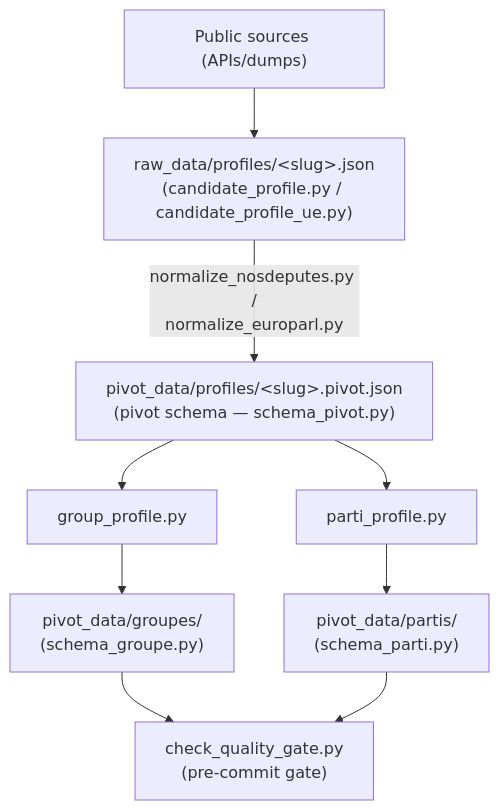
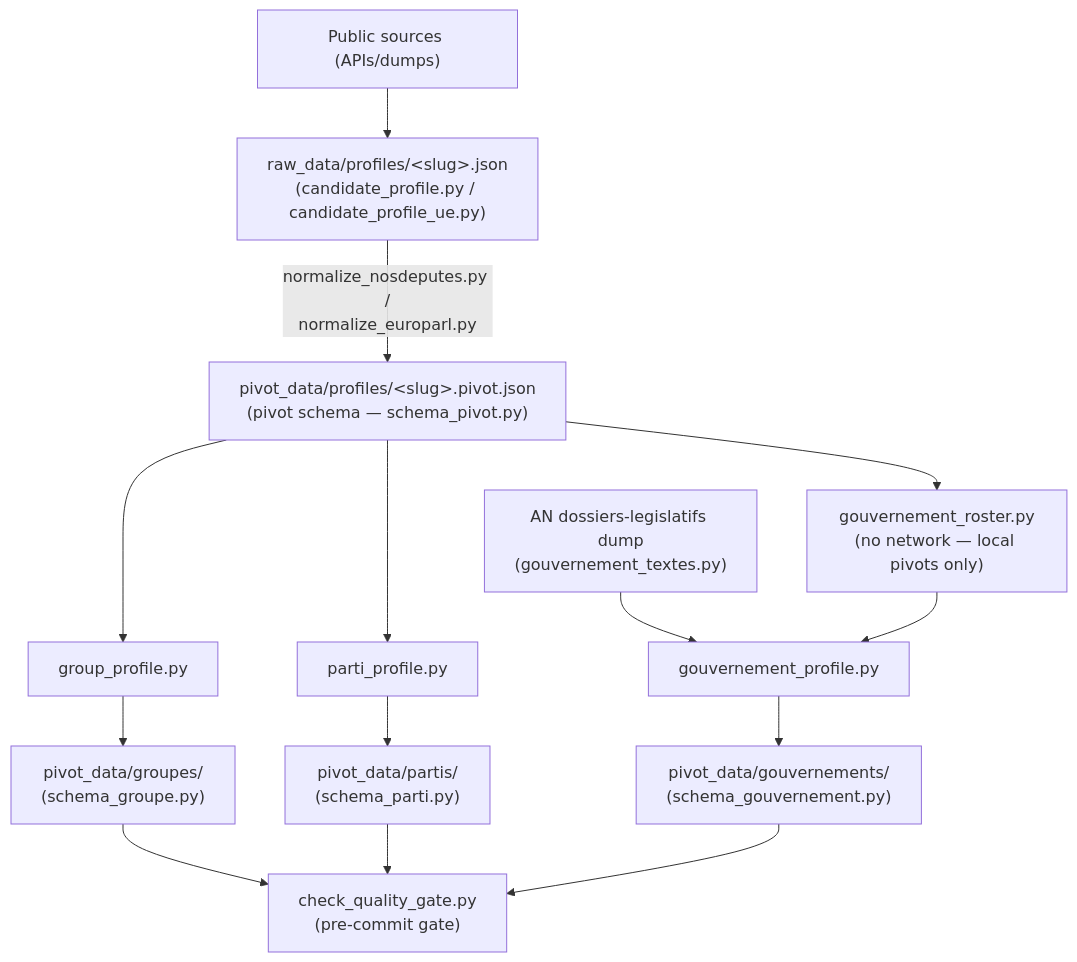
The diagram in AGENTS.md (stephieED/Empreinte-politique-src), drawn with Mermaid before and after one commit. The commit also changed other lines of this file and 2 other files, not shown here.

Commit message:
docs: close out AGENTS.md §8 upkeep for the Government view (#207-#213)
Adds the gouvernement_profile.py branch to AGENTS.md §3's pipeline
diagram (only group/parti were shown), and a closure entry in
docs/technical_decisions.md consolidating (by cross-reference, not
duplication) the rattachement decision, the portefeuille gap, and a
Senate-scope confirmation specific to the gouvernement view's
textes[] (AN dossiers dump only). ROADMAP.md's Senate entry now notes
this applies to the gouvernement view too.

README.md, and the AGENTS.md §References entry for
schema_gouvernement.py, were already updated by #207-#213 — verified
against merged code, no changes needed there.

docs/pipeline-gouvernement.md is intentionally not created: per the
issue, it is outside the existing AGENTS.md §8 upkeep table and needs
explicit validation before being added.

````diff
--- a/AGENTS.md
+++ b/AGENTS.md
@@ -36,11 +36,16 @@
 ```mermaid
 graph TD
     A["Public sources (APIs/dumps)"] --> B["raw_data/profiles/&lt;slug&gt;.json<br/>(candidate_profile.py / candidate_profile_ue.py)"]
     B -->|"normalize_nosdeputes.py /<br/>normalize_europarl.py"| C["pivot_data/profiles/&lt;slug&gt;.pivot.json<br/>(pivot schema — schema_pivot.py)"]
     C --> D["group_profile.py"]
     C --> E["parti_profile.py"]
+    C --> I["gouvernement_roster.py<br/>(no network — local pivots only)"]
+    J["AN dossiers-legislatifs dump<br/>(gouvernement_textes.py)"] --> K["gouvernement_profile.py"]
+    I --> K
     D --> F["pivot_data/groupes/<br/>(schema_groupe.py)"]
     E --> G["pivot_data/partis/<br/>(schema_parti.py)"]
+    K --> L["pivot_data/gouvernements/<br/>(schema_gouvernement.py)"]
     F --> H["check_quality_gate.py<br/>(pre-commit gate)"]
     G --> H
+    L --> H
 ```
````
